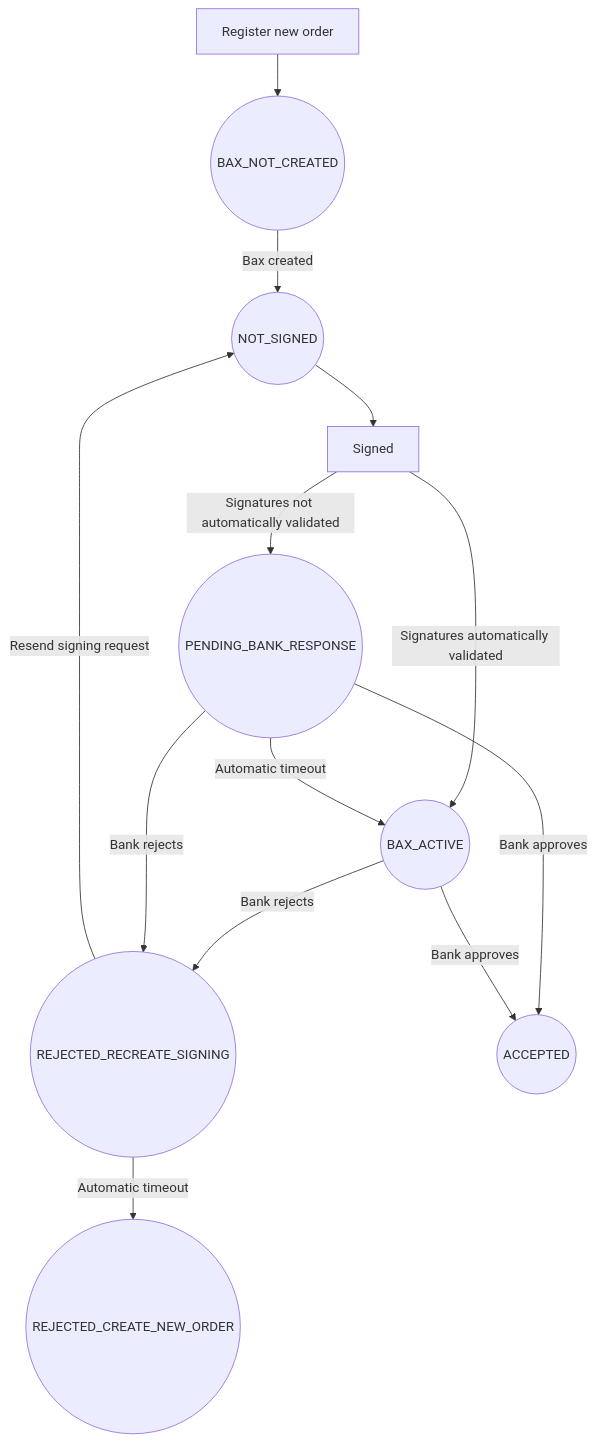
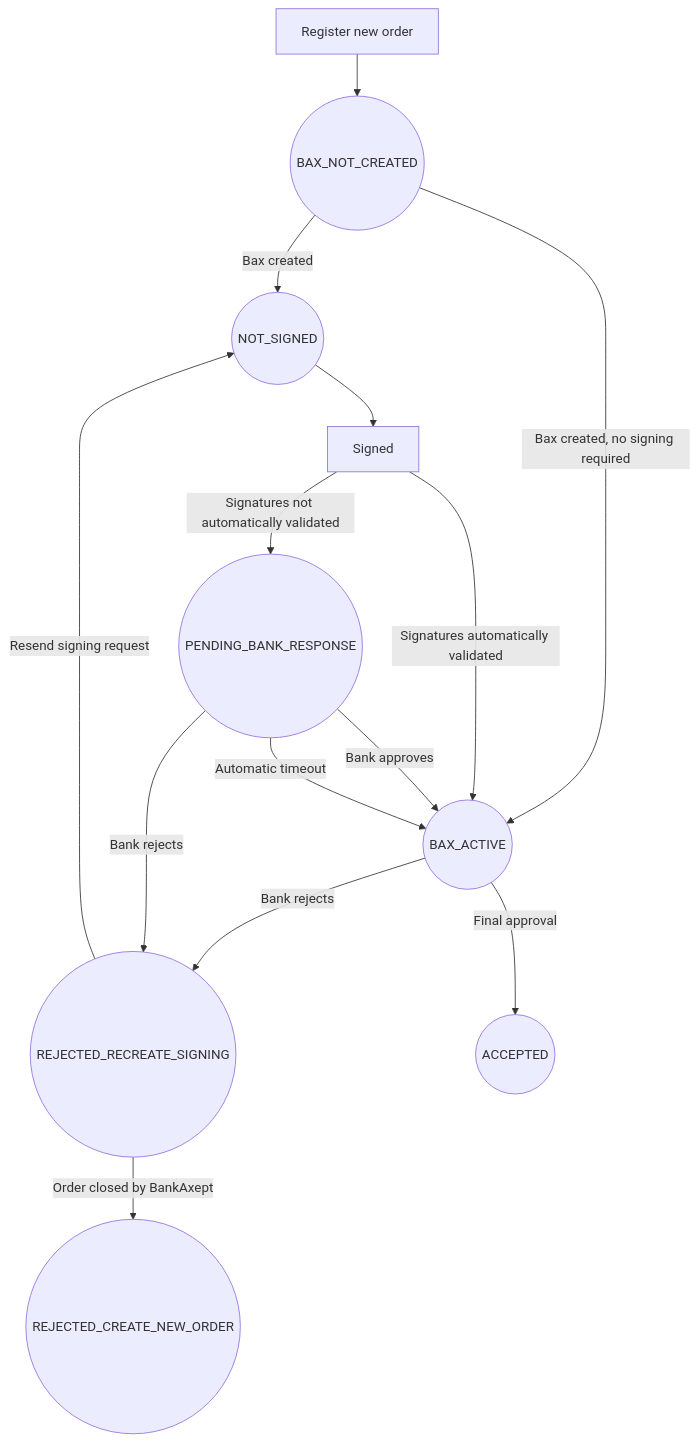
One commit to BankAxept/bankaxept-onboarding-external-documentation changed the diagram in docs/getting_started.md. Above: the diagram before and after it, drawn with Mermaid. The commit also changed other lines of this file and 6 other files, not shown here.

First line of the commit message:
Link from the introduction flowchart to the prod/test flows (#48)

````diff
--- a/docs/getting_started.md
+++ b/docs/getting_started.md
@@ -50,15 +52,16 @@
 ```mermaid
 graph TD
     A[Register new order] --> B((BAX_NOT_CREATED))
     B -->|Bax created| C((NOT_SIGNED))
+    B -->|Bax created, no signing required| E((BAX_ACTIVE))
     C --> H[Signed]
     H -->|Signatures not automatically validated| D((PENDING_BANK_RESPONSE))
     H -->|Signatures automatically validated| E((BAX_ACTIVE))
     E -->|Bank rejects| F((REJECTED_RECREATE_SIGNING))
     D -->|Bank rejects| F((REJECTED_RECREATE_SIGNING))
-    D -->|Bank approves| G((ACCEPTED))
+    D -->|Bank approves| E((BAX_ACTIVE))
     D -->|Automatic timeout| E((BAX_ACTIVE))
-    E -->|Bank approves| G((ACCEPTED))
+    E -->|Final approval| G((ACCEPTED))
     F -->|Resend signing request| C((NOT_SIGNED))
-    F -->|Automatic timeout| I((REJECTED_CREATE_NEW_ORDER))
+    F -->|Order closed by BankAxept| I((REJECTED_CREATE_NEW_ORDER))
 ```
````
